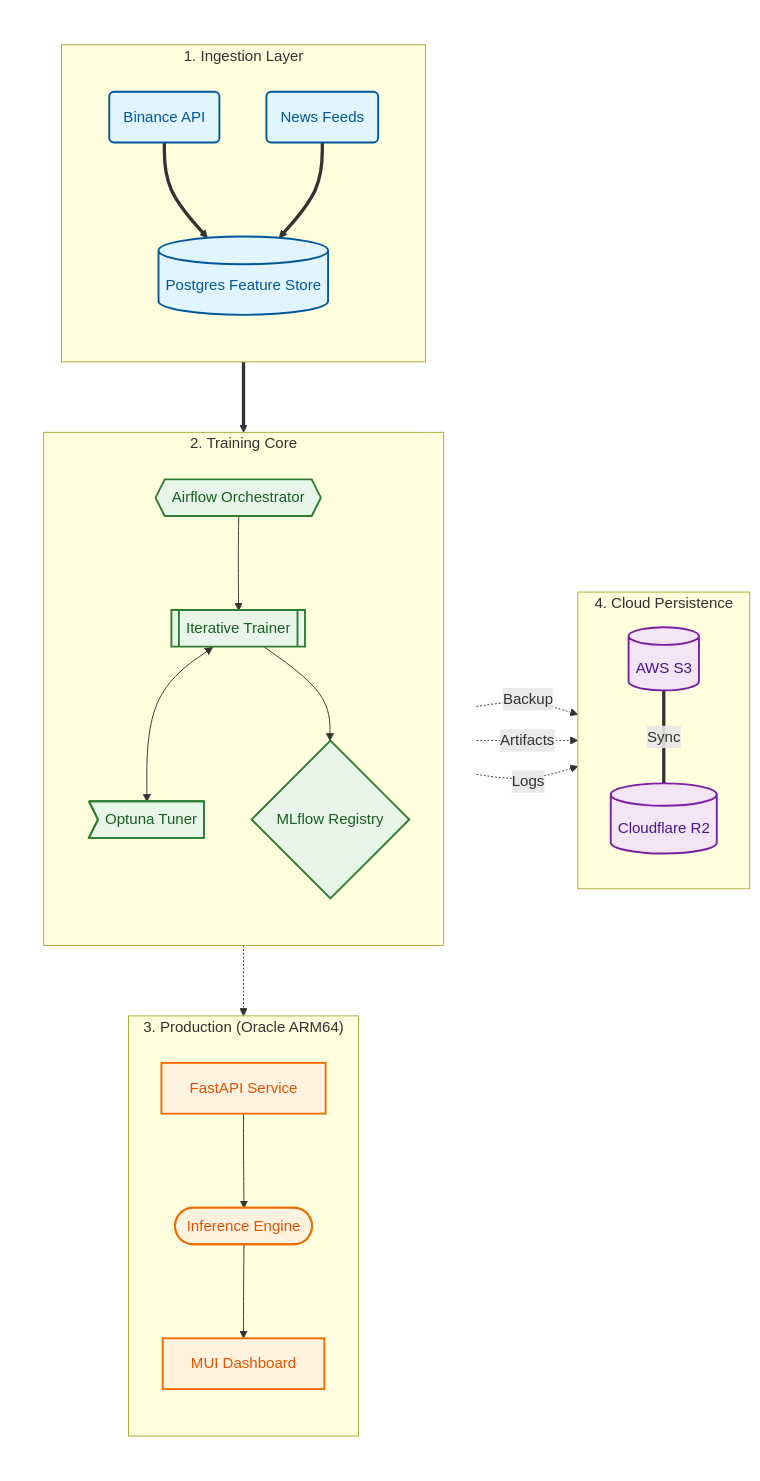
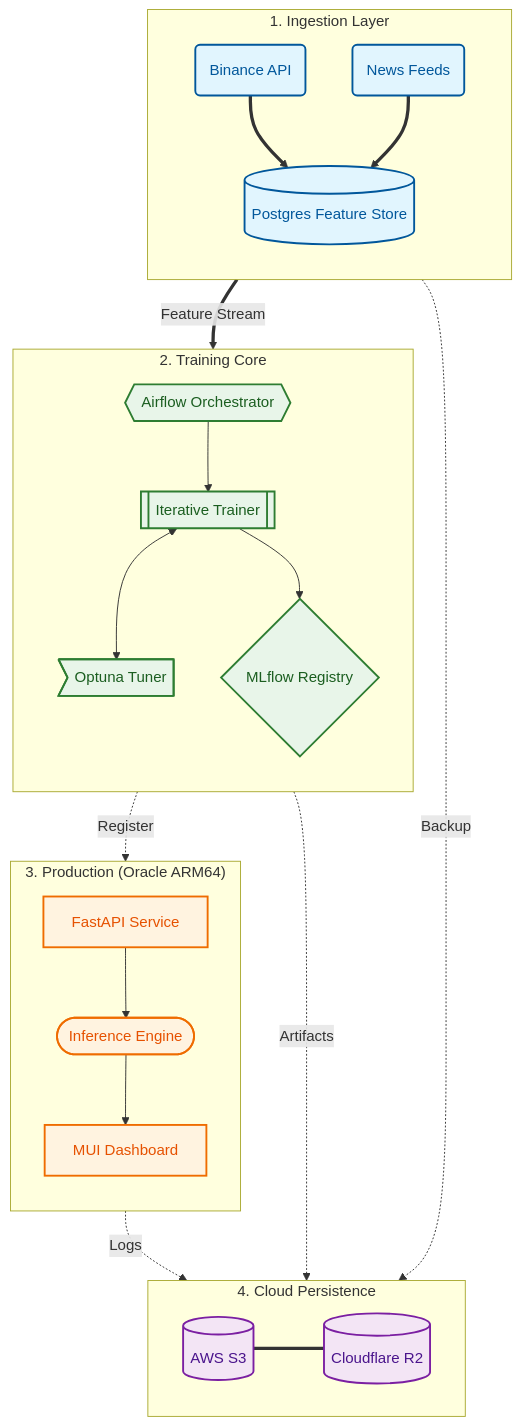
Before and after one commit to ChuLiYu/alphapulse-mlops-platform: the diagram in README.md, drawn with Mermaid.

Commit message:
docs: restore vertical mermaid layout with optimized routing

````diff
--- a/README.md
+++ b/README.md
@@ -14,69 +14,65 @@
 ```mermaid
 %%{init: {'flowchart': {'curve': 'basis'}}}%%
-flowchart LR
+flowchart TD
     %% --- Palette ---
     classDef data fill:#E1F5FE,stroke:#01579B,stroke-width:2px,color:#01579B;
     classDef compute fill:#E8F5E9,stroke:#2E7D32,stroke-width:2px,color:#1B5E20;
     classDef prod fill:#FFF3E0,stroke:#EF6C00,stroke-width:2px,color:#E65100;
     classDef storage fill:#F3E5F5,stroke:#7B1FA2,stroke-width:2px,color:#4A148C;
-    classDef container fill:#FFFFFF,stroke:#EEEEEE,stroke-width:1px,stroke-dasharray: 5 5;
 
-    %% --- LEFT COLUMN: Main Pipeline (Vertical Stack) ---
-    subgraph Core_System [" "]
+    %% --- 1. Ingestion Layer ---
+    subgraph Data_Hub ["1. Ingestion Layer"]
         direction TB
-        style Core_System fill:none,stroke:none
-
-        subgraph Data_Hub ["1. Ingestion Layer"]
-            direction TB
-            S1(Binance API)
-            S2(News Feeds)
-            FS[(Postgres Feature Store)]
-        end
-
-        subgraph MLOps_Engine ["2. Training Core"]
-            direction TB
-            T1{{Airflow Orchestrator}}
-            T2[[Iterative Trainer]]
-            T3{MLflow Registry}
-            T4>Optuna Tuner]
-        end
-
-        subgraph Prod_Cluster ["3. Production (Oracle ARM64)"]
-            direction TB
-            P1[FastAPI Service]
-            P2[MUI Dashboard]
-            P3([Inference Engine])
-        end
+        S1(Binance API)
+        S2(News Feeds)
+        FS[(Postgres Feature Store)]
     end
 
-    %% --- RIGHT COLUMN: Storage (Vertical Stack) ---
-    subgraph Storage_System ["4. Cloud Persistence"]
+    %% --- 2. Training Layer ---
+    subgraph MLOps_Engine ["2. Training Core"]
         direction TB
+        T1{{Airflow Orchestrator}}
+        T2[[Iterative Trainer]]
+        T3{MLflow Registry}
+        T4>Optuna Tuner]
+    end
+
+    %% --- 3. Production Layer ---
+    subgraph Prod_Cluster ["3. Production (Oracle ARM64)"]
+        direction TB
+        P1[FastAPI Service]
+        P2[MUI Dashboard]
+        P3([Inference Engine])
+    end
+
+    %% --- 4. Storage Layer ---
+    subgraph Cloud_Tier ["4. Cloud Persistence"]
+        direction LR
         ST1[(AWS S3)]
         ST2[(Cloudflare R2)]
     end
 
-    %% --- Routing ---
-    %% Vertical Flow (Inside Core)
+    %% --- Connections ---
     S1 & S2 ==> FS
-    FS ==> T1
+    FS ==>|Feature Stream| T1
+    
     T1 --> T2
     T2 <--> T4
     T2 --> T3
-    T3 -.-> P1
+    
+    T3 -.->|Register| P1
     P1 --> P3
     P3 --> P2
 
-    %% Horizontal Flow (Core -> Storage)
-    %% These arrows will fly to the right, avoiding all text
+    %% Secondary Flows
     FS -.->|Backup| ST1
     T3 -.->|Artifacts| ST1
     P1 -.->|Logs| ST1
-    ST1 ===|Sync| ST2
+    ST1 === ST2
 
     %% --- Styles ---
     class S1,S2,FS data
     class T1,T2,T3,T4 compute
     class P1,P2,P3 prod
     class ST1,ST2 storage
 ```
````
